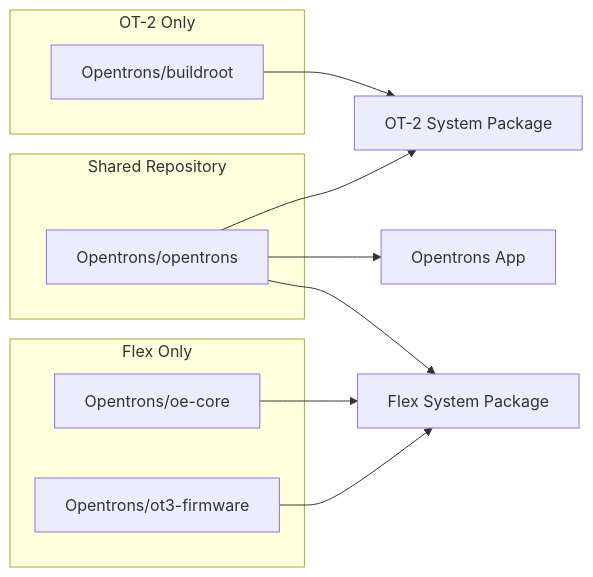
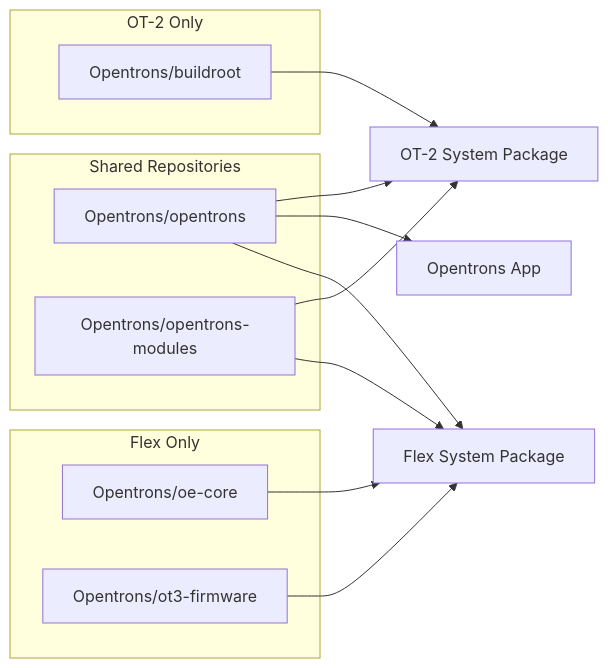
Before and after one commit to Opentrons/opentrons: the diagram in RELEASING.md, drawn with Mermaid. The commit also changed other lines of this file, not shown here.

````diff
--- a/RELEASING.md
+++ b/RELEASING.md
@@ -23,27 +23,30 @@
 ```mermaid
 flowchart LR
-    subgraph Shared ["Shared Repository"]
+    subgraph Shared ["Shared Repositories"]
     opentrons["Opentrons/opentrons" ]
+    opentrons_modules["Opentrons/opentrons-modules" ]
     end
 
     subgraph Flex ["Flex Only"]
     oe_core["Opentrons/oe-core"]
     ot3_firmware["Opentrons/ot3-firmware" ]
     end
 
     subgraph OT2 ["OT-2 Only"]
     buildroot["Opentrons/buildroot" ]
     end
 
     OT2Build["OT-2 System Package"]
     opentrons --> OT2Build
     buildroot --> OT2Build
 
    App["Opentrons App"]
     opentrons --> App
 
     FlexBuild["Flex System Package"]
     opentrons --> FlexBuild
     oe_core --> FlexBuild
     ot3_firmware --> FlexBuild
+    opentrons_modules --> OT2Build
+    opentrons_modules --> FlexBuild
 ```
````
